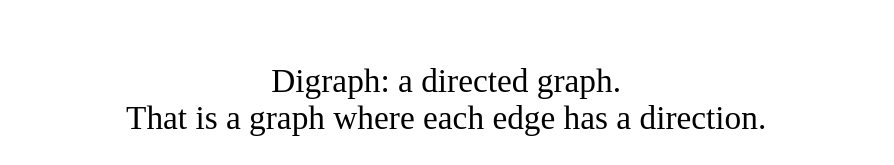
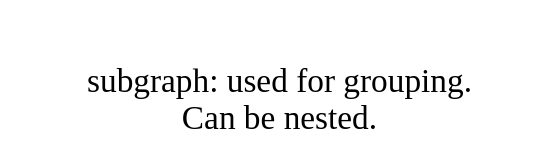
Before and after one commit to curtcox/practical-graphviz: the diagram in subgraph.dot, drawn with Graphviz.

Commit message:
Ever so slightly better.

```diff
--- a/subgraph.dot
+++ b/subgraph.dot
@@ -1,6 +1,6 @@
 digraph G {
 "
-Digraph: a directed graph.
-That is a graph where each edge has a direction.
+subgraph: used for grouping.
+Can be nested.
 " [shape=none fontsize=20]
 }
```
